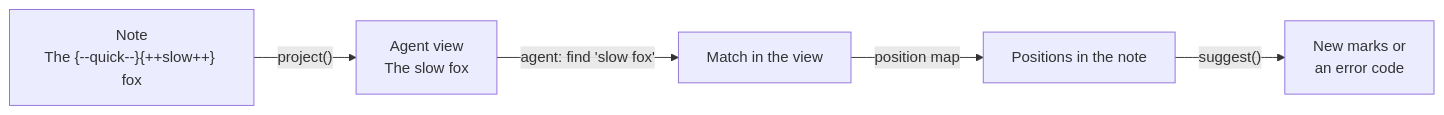
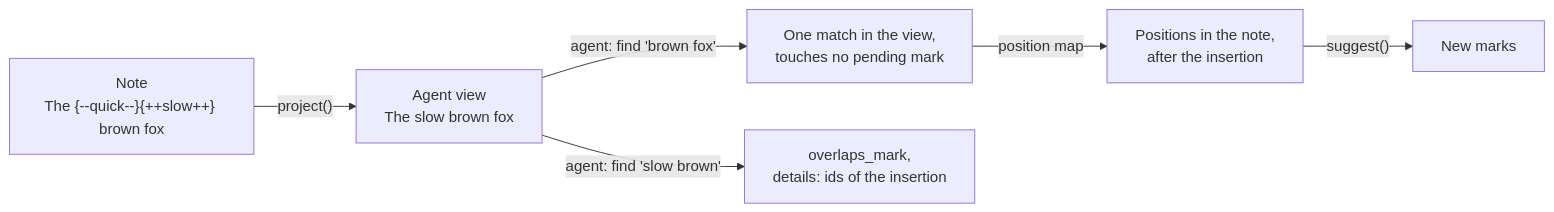
The second of 3 diagrams in openspec/docs/architecture-format.md (novazembla/md-coeditor), drawn with Mermaid before and after one commit. The commit also changed other lines of this file and 140 other files, not shown here.

````diff
--- a/openspec/docs/architecture-format.md
+++ b/openspec/docs/architecture-format.md
@@ -76,7 +102,8 @@
 ```mermaid
 flowchart LR
-  NOTE["Note<br/>The {--quick--}{++slow++} fox"] -->|"project()"| VIEW["Agent view<br/>The slow fox"]
-  VIEW -->|"agent: find 'slow fox'"| MATCH["Match in the view"]
-  MATCH -->|"position map"| POS["Positions in the note"]
-  POS -->|"suggest()"| OUT["New marks or<br/>an error code"]
+  NOTE["Note<br/>The {--quick--}{++slow++} brown fox"] -->|"project()"| VIEW["Agent view<br/>The slow brown fox"]
+  VIEW -->|"agent: find 'brown fox'"| MATCH["One match in the view,<br/>touches no pending mark"]
+  MATCH -->|"position map"| POS["Positions in the note,<br/>after the insertion"]
+  POS -->|"suggest()"| OUT["New marks"]
+  VIEW -->|"agent: find 'slow brown'"| OVL["overlaps_mark,<br/>details: ids of the insertion"]
 ```
````
